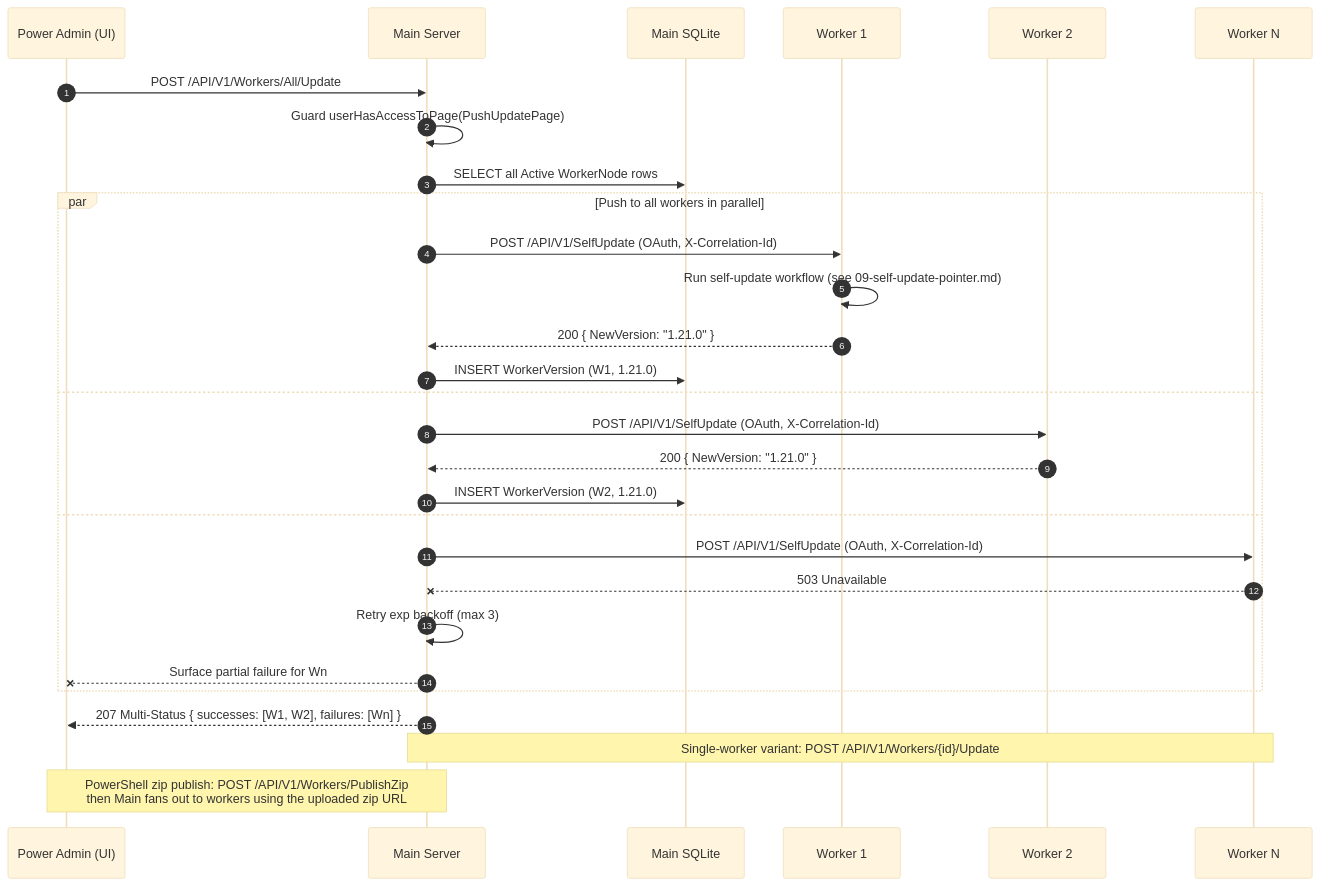
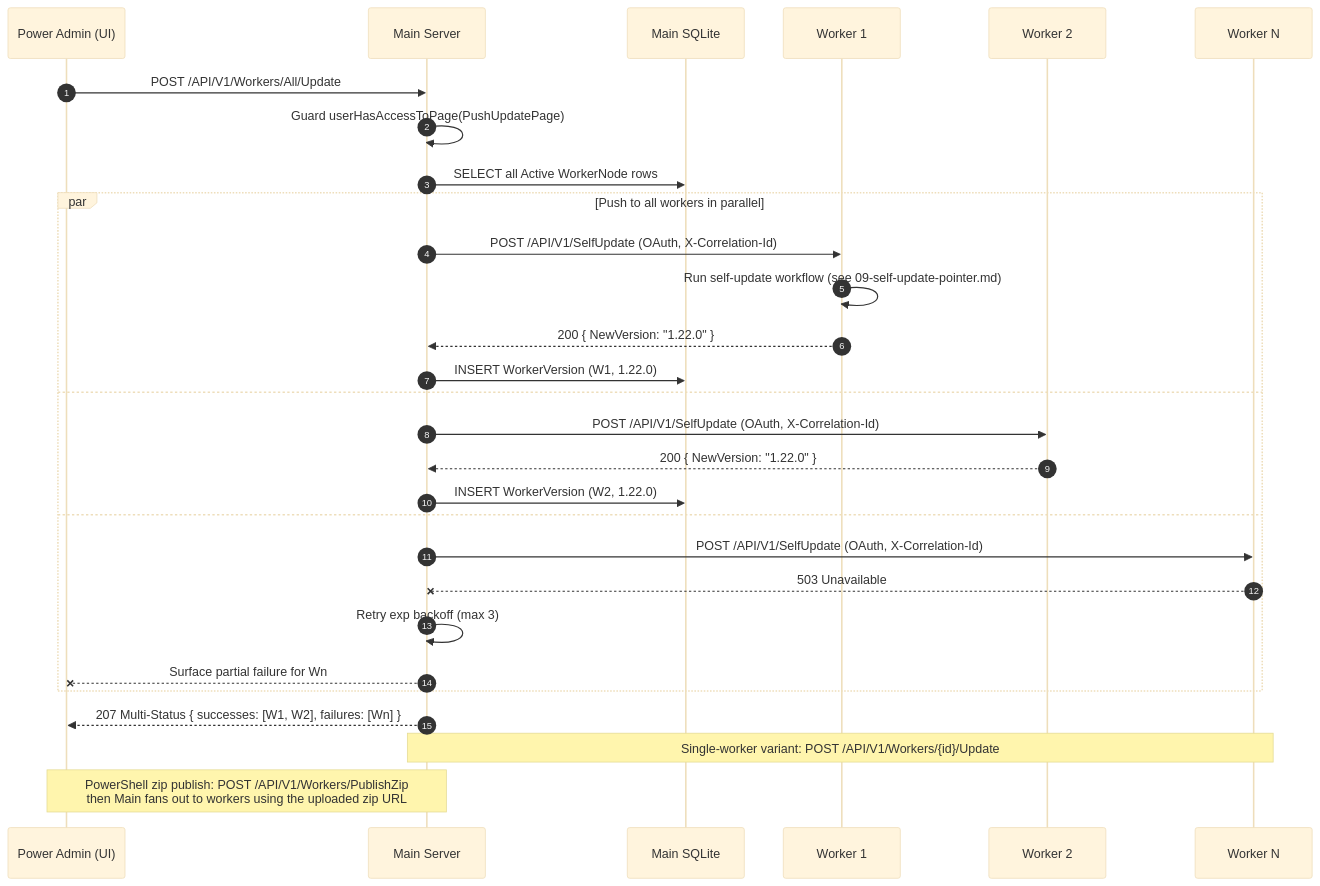
One commit to alimtvnetwork/prompt-architect-v2 changed the diagram in spec/19-main-worker-service/diagrams/seq-push-update.mmd. Above: the diagram before and after it, drawn with Mermaid (base theme). The commit also changed 15 other files, not shown here.

```diff
--- a/spec/19-main-worker-service/diagrams/seq-push-update.mmd
+++ b/spec/19-main-worker-service/diagrams/seq-push-update.mmd
@@ -1,43 +1,43 @@
 %% ==========================================================
 %% NON-AUTHORITATIVE PROJECTION
 %% ==========================================================
 %% Subject:        Power-Admin push-update fan-out
 %% Authoritative:  spec/14-update/28-worker-push-instruction.md + spec/19/15-tunable-constants.md
 %% Status:         Illustrative only. If this diagram disagrees
 %%                 with the authoritative spec(s) above, the
 %%                 spec wins and this file is the bug.
 %% Banner version: 1.0.0 (2026-05-04, audit fix #9)
 %% ==========================================================
 sequenceDiagram
     autonumber
     participant Admin as Power Admin (UI)
     participant Main as Main Server
     participant DB as Main SQLite
     participant W1 as Worker 1
     participant W2 as Worker 2
     participant Wn as Worker N
 
     Admin->>Main: POST /API/V1/Workers/All/Update
     Main->>Main: Guard userHasAccessToPage(PushUpdatePage)
     Main->>DB: SELECT all Active WorkerNode rows
 
     par Push to all workers in parallel
         Main->>W1: POST /API/V1/SelfUpdate (OAuth, X-Correlation-Id)
         W1->>W1: Run self-update workflow (see 09-self-update-pointer.md)
-        W1-->>Main: 200 { NewVersion: "1.21.0" }
-        Main->>DB: INSERT WorkerVersion (W1, 1.21.0)
+        W1-->>Main: 200 { NewVersion: "1.22.0" }
+        Main->>DB: INSERT WorkerVersion (W1, 1.22.0)
     and
         Main->>W2: POST /API/V1/SelfUpdate (OAuth, X-Correlation-Id)
-        W2-->>Main: 200 { NewVersion: "1.21.0" }
-        Main->>DB: INSERT WorkerVersion (W2, 1.21.0)
+        W2-->>Main: 200 { NewVersion: "1.22.0" }
+        Main->>DB: INSERT WorkerVersion (W2, 1.22.0)
     and
         Main->>Wn: POST /API/V1/SelfUpdate (OAuth, X-Correlation-Id)
         Wn--xMain: 503 Unavailable
         Main->>Main: Retry exp backoff (max 3)
         Main--xAdmin: Surface partial failure for Wn
     end
 
     Main-->>Admin: 207 Multi-Status { successes: [W1, W2], failures: [Wn] }
 
     Note over Main,Wn: Single-worker variant: POST /API/V1/Workers/{id}/Update
     Note over Admin,Main: PowerShell zip publish: POST /API/V1/Workers/PublishZip<br/>then Main fans out to workers using the uploaded zip URL
```
